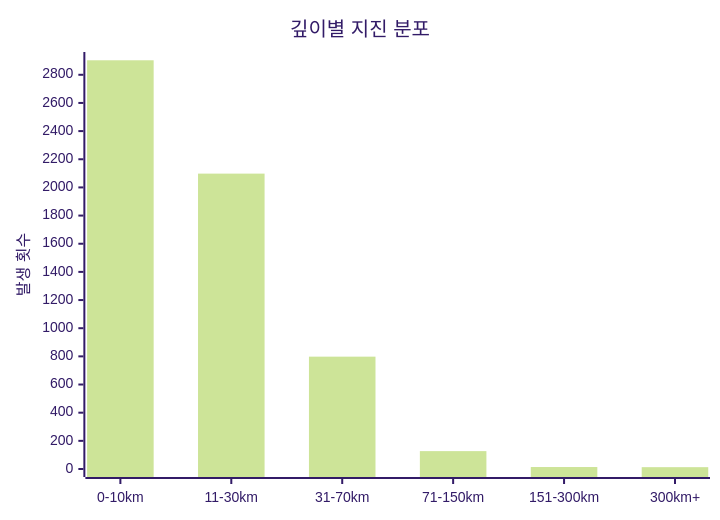
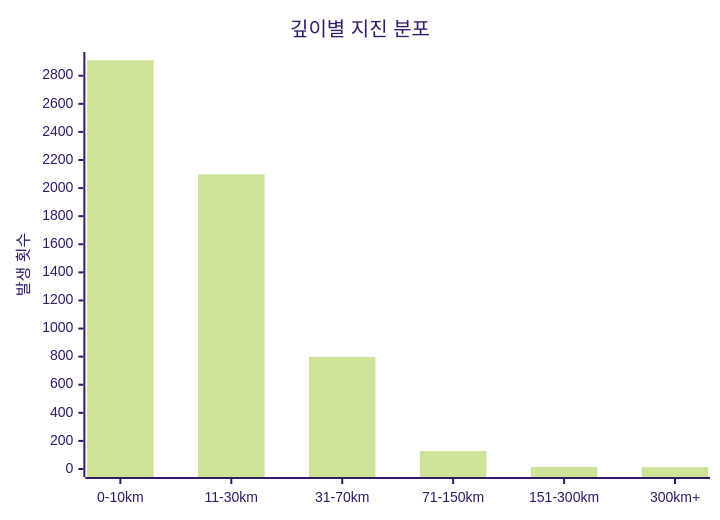
Before and after one commit to serendip811/japan-eq: the diagram in charts/depth-chart.md, drawn with Mermaid (forest theme). The commit also changed other lines of this file and 6 other files, not shown here.

Commit message:
Update earthquake data and charts Wed Nov 25 22:56:09 UTC 2026

````diff
--- a/charts/depth-chart.md
+++ b/charts/depth-chart.md
@@ -3,7 +3,7 @@
 ```mermaid
 xychart-beta
     title "깊이별 지진 분포"
     x-axis ["0-10km", "11-30km", "31-70km", "71-150km", "151-300km", "300km+"]
-    y-axis "발생 횟수" 0 --> 2905
-    bar [2903, 2098, 798, 127, 14, 13]
+    y-axis "발생 횟수" 0 --> 2912
+    bar [2910, 2098, 798, 127, 14, 13]
 ```
````
